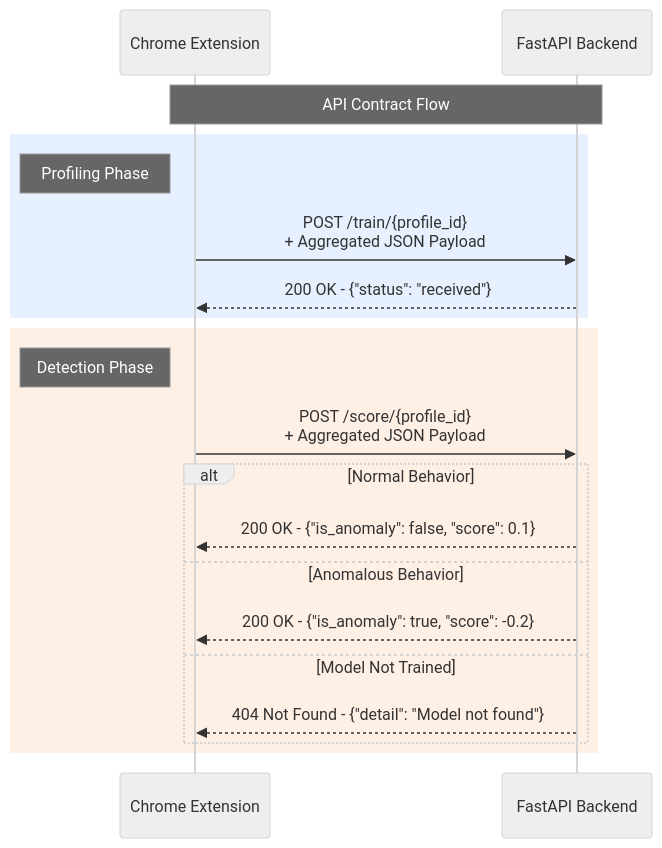
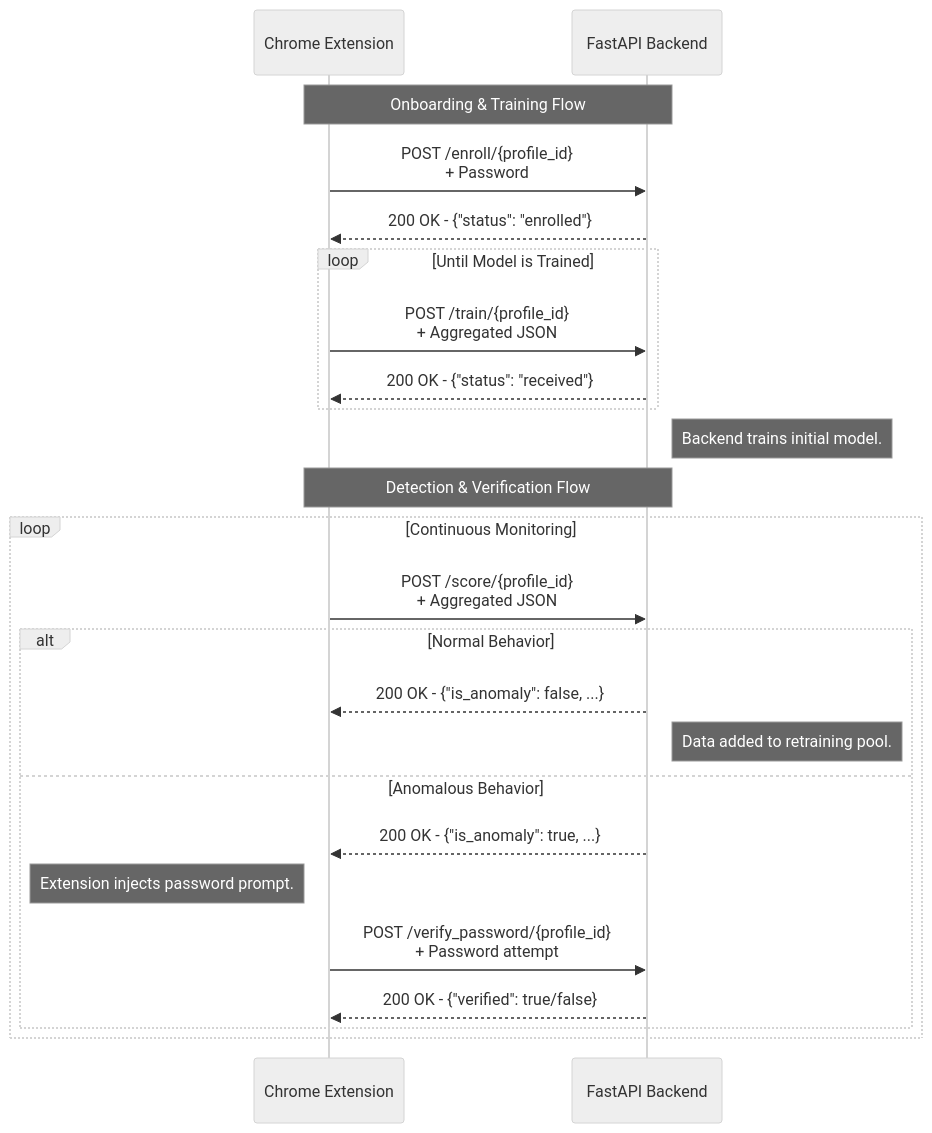
Before and after one commit to Sureinity/maxidom: the diagram in docs/04_API_CONTRACT.md, drawn with Mermaid (neutral theme). The commit also changed other lines of this file and 6 other files, not shown here.

Commit message:
docs: add password prompt response and /enroll/ endpoint for verification password setup

````diff
--- a/docs/04_API_CONTRACT.md
+++ b/docs/04_API_CONTRACT.md
@@ -124,26 +115,30 @@
 ```mermaid
 sequenceDiagram
     participant C as Chrome Extension
     participant S as FastAPI Backend
 
-    Note over C,S: API Contract Flow
+    Note over C,S: Onboarding & Training Flow
+    C->>S: POST /enroll/{profile_id}<br>+ Password
+    S-->>C: 200 OK - {"status": "enrolled"}
 
-    rect rgb(230, 240, 255)
-        Note left of C: Profiling Phase
-        C->>S: POST /train/{profile_id}<br>+ Aggregated JSON Payload
+    loop Until Model is Trained
+        C->>S: POST /train/{profile_id}<br>+ Aggregated JSON
         S-->>C: 200 OK - {"status": "received"}
     end
+    Note right of S: Backend trains initial model.
 
-    rect rgb(255, 240, 230)
-        Note left of C: Detection Phase
-        C->>S: POST /score/{profile_id}<br>+ Aggregated JSON Payload
-
+    Note over C,S: Detection & Verification Flow
+    loop Continuous Monitoring
+        C->>S: POST /score/{profile_id}<br>+ Aggregated JSON
+        
         alt Normal Behavior
-            S-->>C: 200 OK - {"is_anomaly": false, "score": 0.1}
+            S-->>C: 200 OK - {"is_anomaly": false, ...}
+            Note right of S: Data added to retraining pool.
         else Anomalous Behavior
-            S-->>C: 200 OK - {"is_anomaly": true, "score": -0.2}
-        else Model Not Trained
-            S-->>C: 404 Not Found - {"detail": "Model not found"}
+            S-->>C: 200 OK - {"is_anomaly": true, ...}
+            Note left of C: Extension injects password prompt.
+            C->>S: POST /verify_password/{profile_id}<br>+ Password attempt
+            S-->>C: 200 OK - {"verified": true/false}
         end
     end
 ```
````
